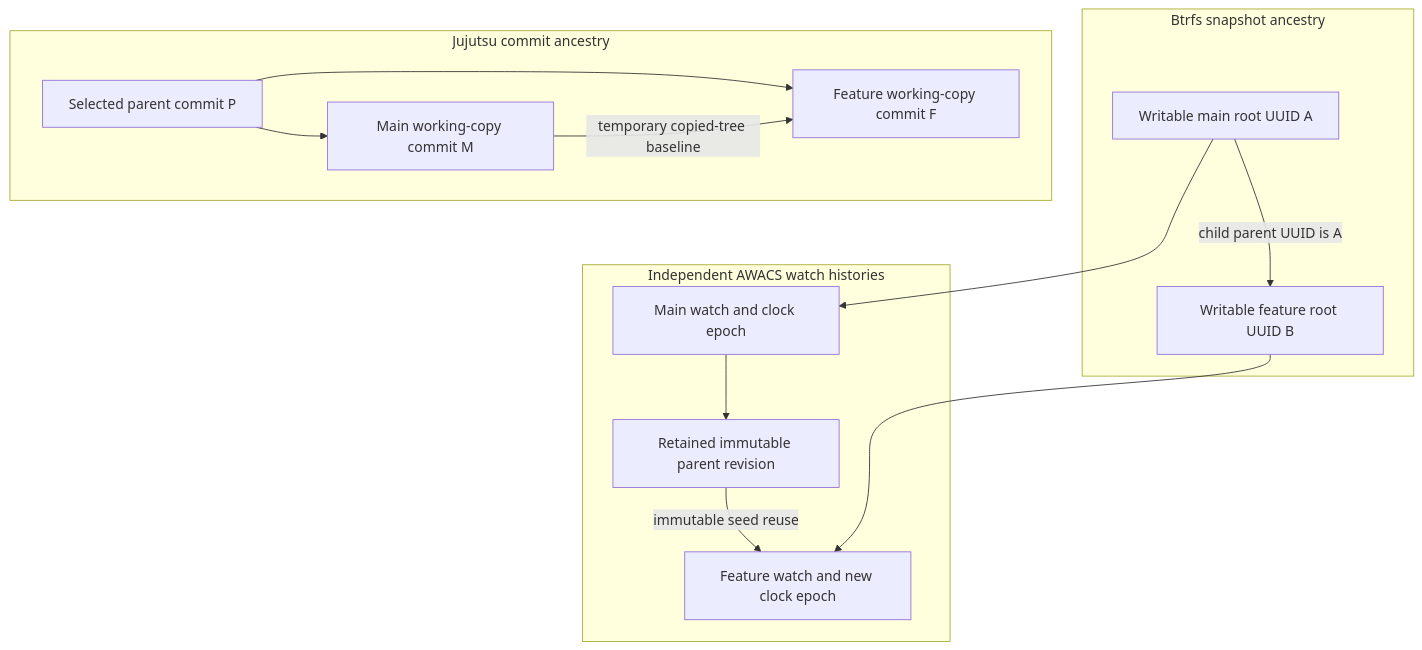
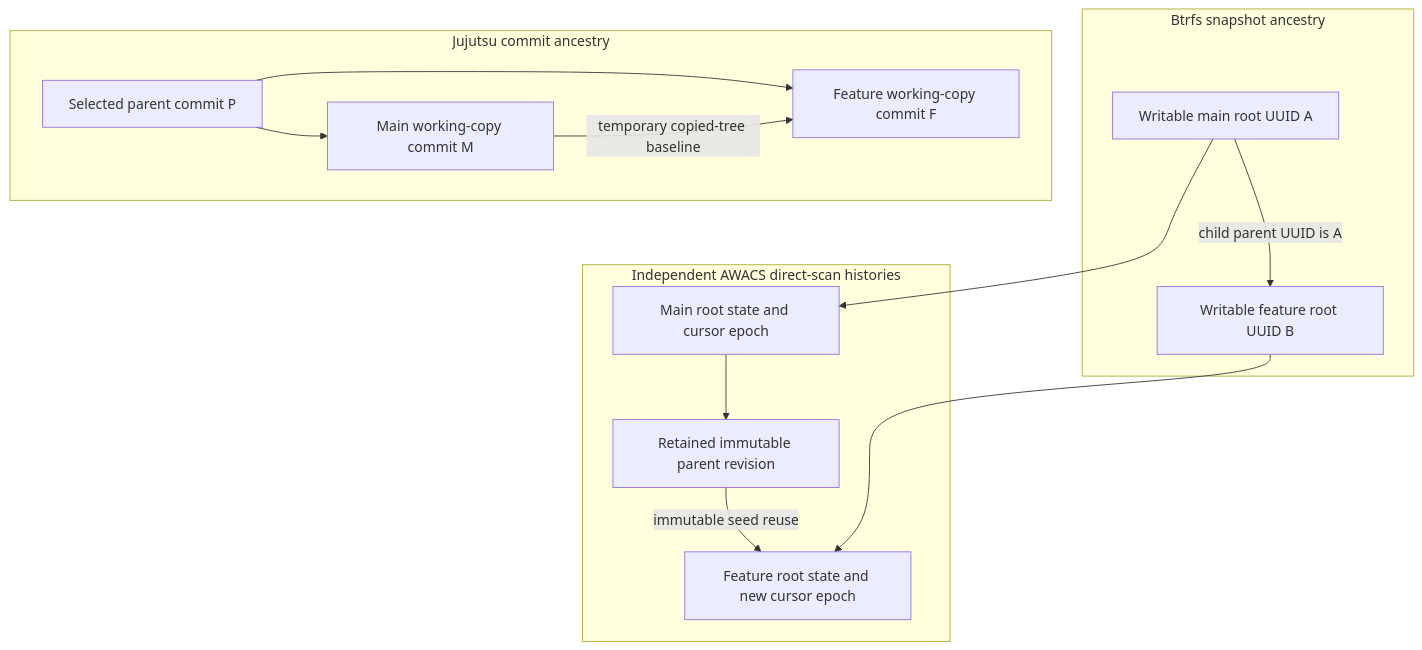
Before and after one commit to adamh-oai/jj: the second of 2 diagrams in btrfs-awacs/docs/src/content/docs/walkthroughs/new-snapshot-worktree.md, drawn with Mermaid. The commit also changed other lines of this file and 49 other files, not shown here.

````diff
--- a/btrfs-awacs/docs/src/content/docs/walkthroughs/new-snapshot-worktree.md
+++ b/btrfs-awacs/docs/src/content/docs/walkthroughs/new-snapshot-worktree.md
@@ -354,28 +351,28 @@
 ```mermaid
 flowchart TB
     subgraph Filesystem["Btrfs snapshot ancestry"]
         SourceRoot["Writable main root UUID A"]
         ChildRoot["Writable feature root UUID B"]
         SourceRoot -->|"child parent UUID is A"| ChildRoot
     end
 
     subgraph Commits["Jujutsu commit ancestry"]
         BaseCommit["Selected parent commit P"]
         SourceCommit["Main working-copy commit M"]
         ChildCommit["Feature working-copy commit F"]
         BaseCommit --> SourceCommit
         BaseCommit --> ChildCommit
     end
 
-    subgraph Watches["Independent AWACS watch histories"]
-        SourceWatch["Main watch and clock epoch"]
+    subgraph DirectScan["Independent AWACS direct-scan histories"]
+        SourceWatch["Main root state and cursor epoch"]
         Seed["Retained immutable parent revision"]
-        ChildWatch["Feature watch and new clock epoch"]
+        ChildWatch["Feature root state and new cursor epoch"]
         SourceWatch --> Seed
         Seed -->|"immutable seed reuse"| ChildWatch
     end
 
     SourceRoot --> SourceWatch
     ChildRoot --> ChildWatch
     SourceCommit -->|"temporary copied-tree baseline"| ChildCommit
 ```
````
